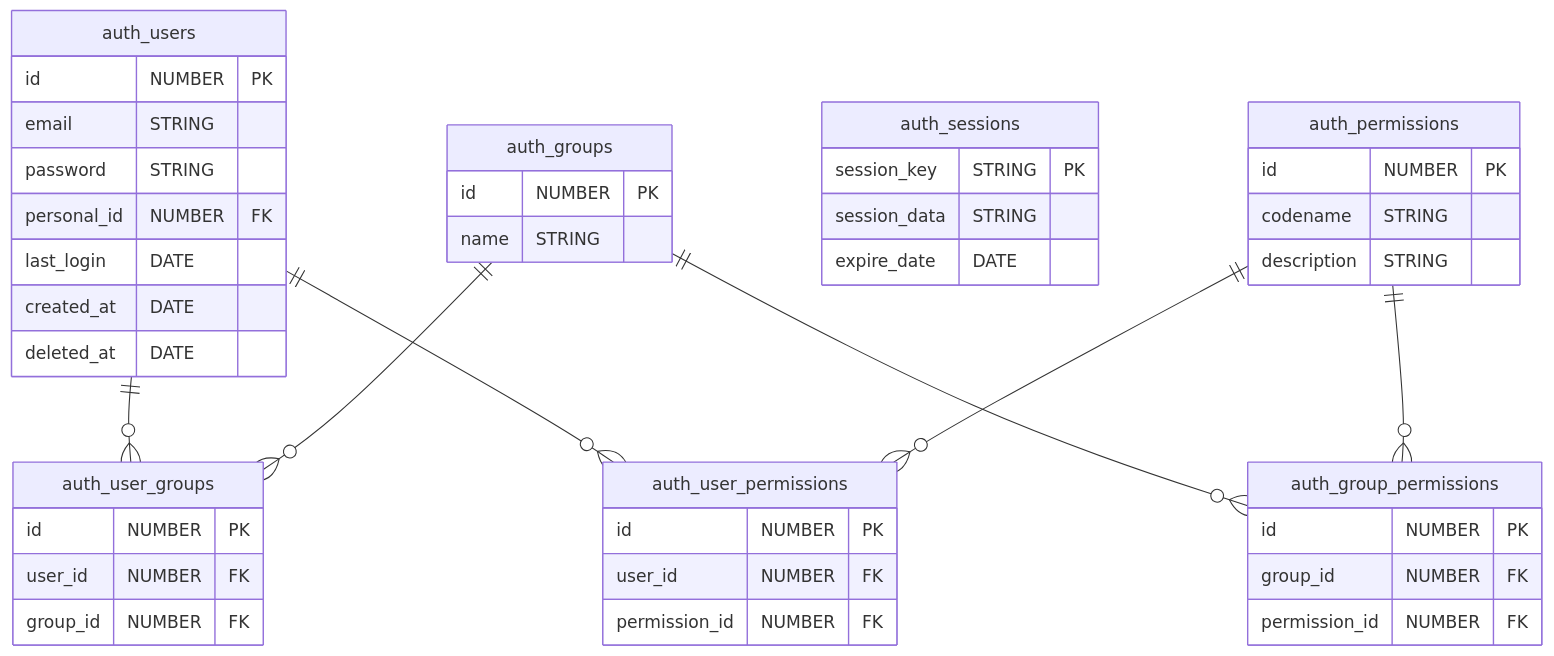
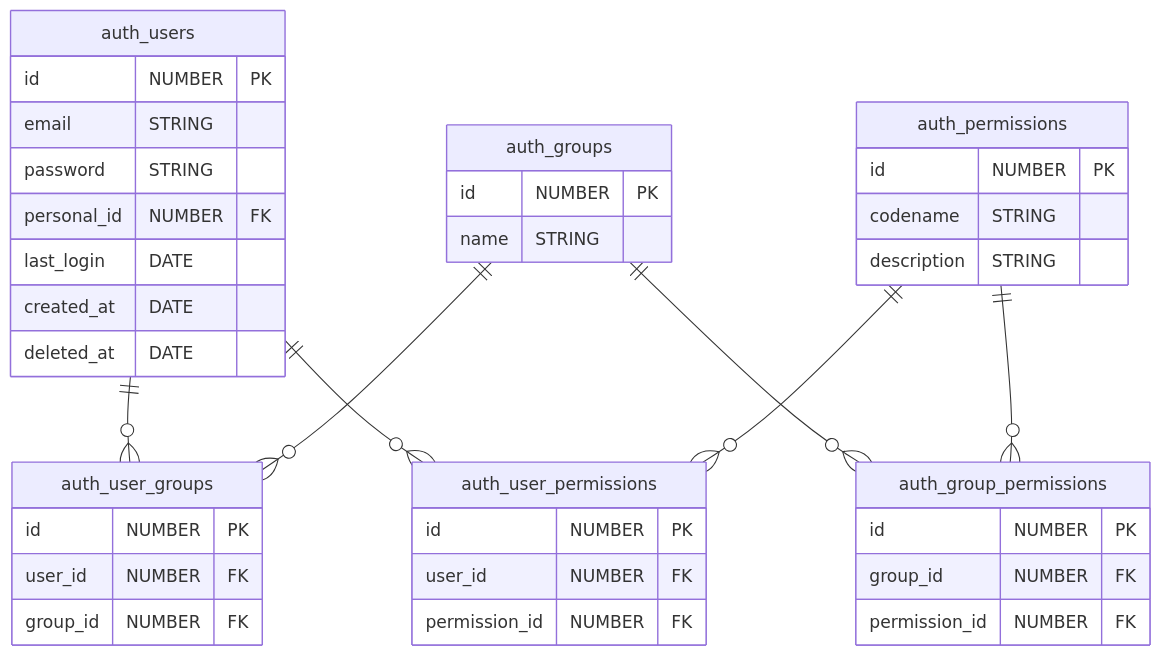
The diagram in docs/auth.md (virtualitems/nestjs-users), drawn with Mermaid before and after one commit. The commit also changed 1 other file, not shown here.

Commit message:
refactor: update authentication documentation and restructure NestJS mindmap

````diff
--- a/docs/auth.md
+++ b/docs/auth.md
@@ -3,56 +3,50 @@
 ```mermaid
 erDiagram
     auth_users {
         id NUMBER PK
         email STRING
         password STRING
         personal_id NUMBER FK
         last_login DATE
         created_at DATE
         deleted_at DATE
     }
 
     auth_groups {
         id NUMBER PK
         name STRING
-    }
-
-    auth_sessions {
-        session_key STRING PK
-        session_data STRING
-        expire_date DATE
     }
 
     auth_permissions {
         id NUMBER PK
         codename STRING
         description STRING
     }
 
     auth_user_groups {
         id NUMBER PK
         user_id NUMBER FK
         group_id NUMBER FK
     }
 
     auth_user_permissions {
         id NUMBER PK
         user_id NUMBER FK
         permission_id NUMBER FK
     }
 
     auth_group_permissions {
         id NUMBER PK
         group_id NUMBER FK
         permission_id NUMBER FK
     }
 
     auth_users ||--o{ auth_user_groups : ""
     auth_groups ||--o{ auth_user_groups : ""
 
     auth_users ||--o{ auth_user_permissions : ""
     auth_permissions ||--o{ auth_user_permissions : ""
 
     auth_groups ||--o{ auth_group_permissions : ""
     auth_permissions ||--o{ auth_group_permissions : ""
 ```
````
